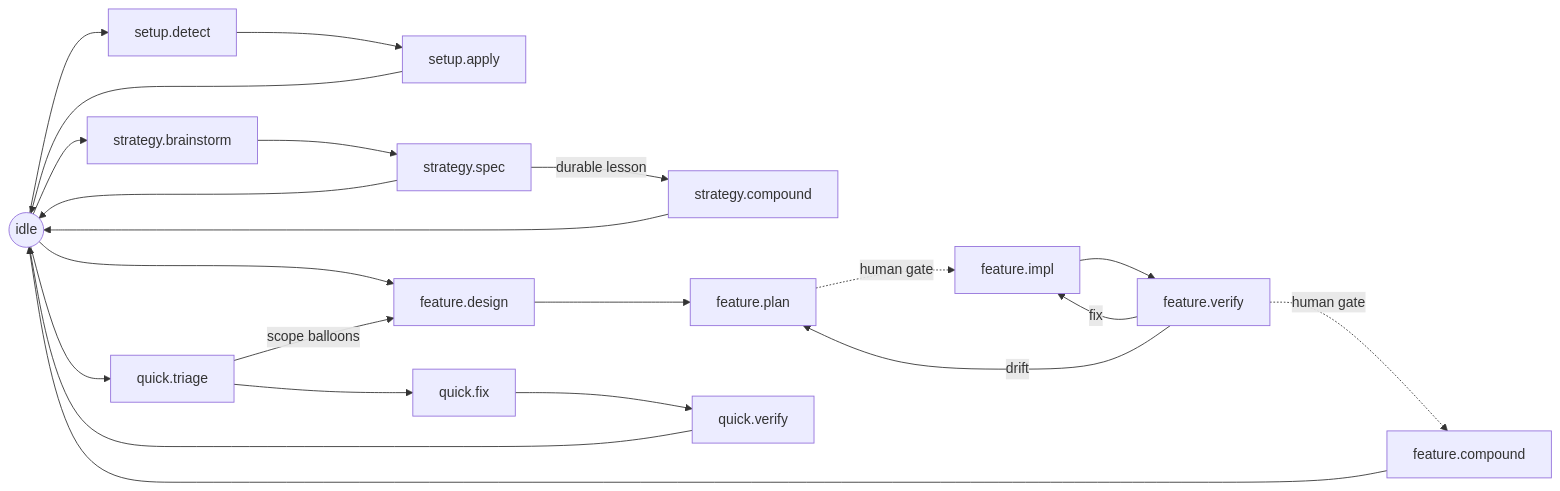
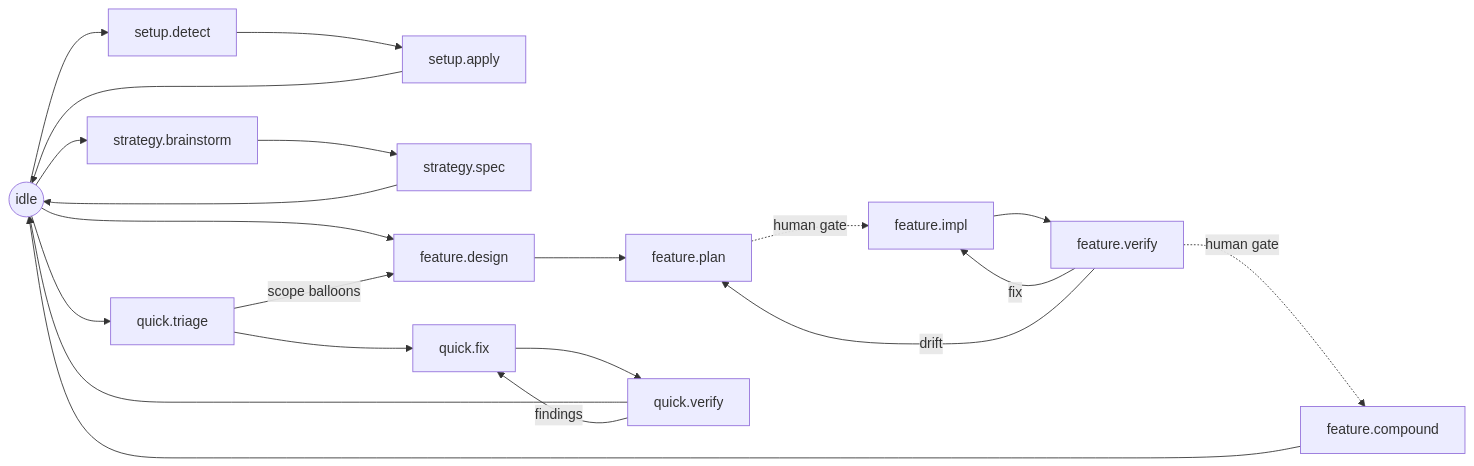
One commit to LennardZuendorf/vibe changed the diagram in .spec/product.md. Above: the diagram before and after it, drawn with Mermaid. The commit also changed other lines of this file and 76 other files, not shown here.

````diff
--- a/.spec/product.md
+++ b/.spec/product.md
@@ -141,14 +146,14 @@
 ```mermaid
 flowchart LR
     I((idle)) --> SD[setup.detect] --> SA[setup.apply] --> I
     I --> SB[strategy.brainstorm] --> SS[strategy.spec]
-    SS -->|durable lesson| SCo[strategy.compound] --> I
     SS --> I
     I --> FD[feature.design] --> FP[feature.plan]
     FP -. human gate .-> FI[feature.impl] --> FV[feature.verify]
     FV -. human gate .-> FC[feature.compound] --> I
     FV -->|fix| FI
     FV -->|drift| FP
     I --> QT[quick.triage] --> QF[quick.fix] --> QV[quick.verify] --> I
+    QV -->|findings| QF
     QT -->|scope balloons| FD
 ```
````
